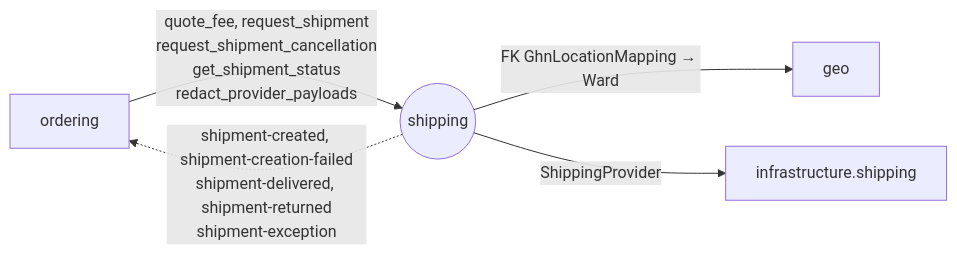
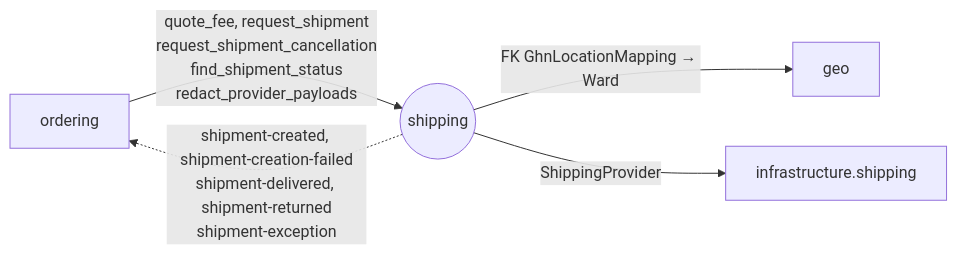
The diagram in docs/architecture/modules/shipping.md (LuongCongThanh/fashion-store-backend), drawn with Mermaid before and after one commit. The commit also changed other lines of this file and 12 other files, not shown here.

````diff
--- a/docs/architecture/modules/shipping.md
+++ b/docs/architecture/modules/shipping.md
@@ -38,8 +38,8 @@
 ```mermaid
 graph LR
-    ordering -->|"quote_fee, request_shipment<br/>request_shipment_cancellation<br/>get_shipment_status<br/>redact_provider_payloads"| shipping((shipping))
+    ordering -->|"quote_fee, request_shipment<br/>request_shipment_cancellation<br/>find_shipment_status<br/>redact_provider_payloads"| shipping((shipping))
     shipping -->|"FK GhnLocationMapping → Ward"| geo
     shipping -->|"ShippingProvider"| ghn[infrastructure.shipping]
 
     shipping -.->|"shipment-created, shipment-creation-failed<br/>shipment-delivered, shipment-returned<br/>shipment-exception"| ordering
 ```
````
